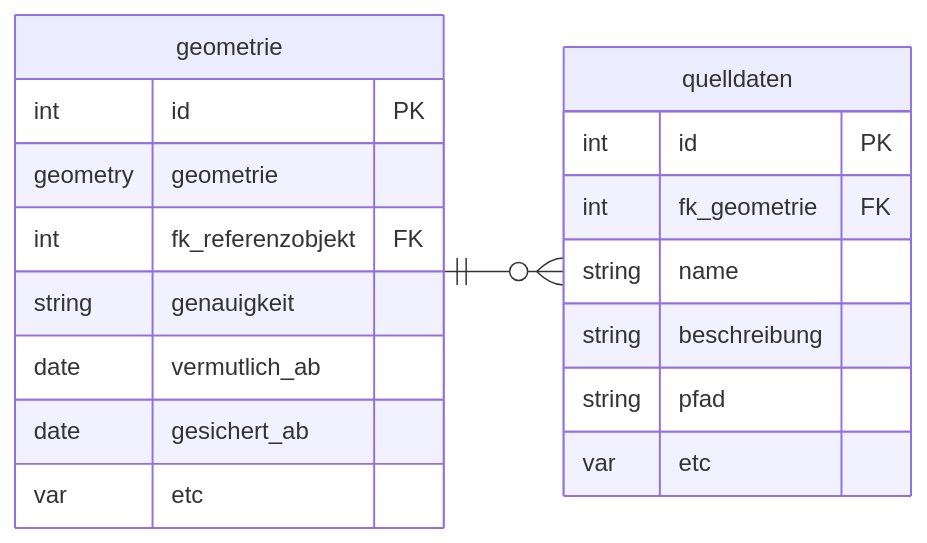
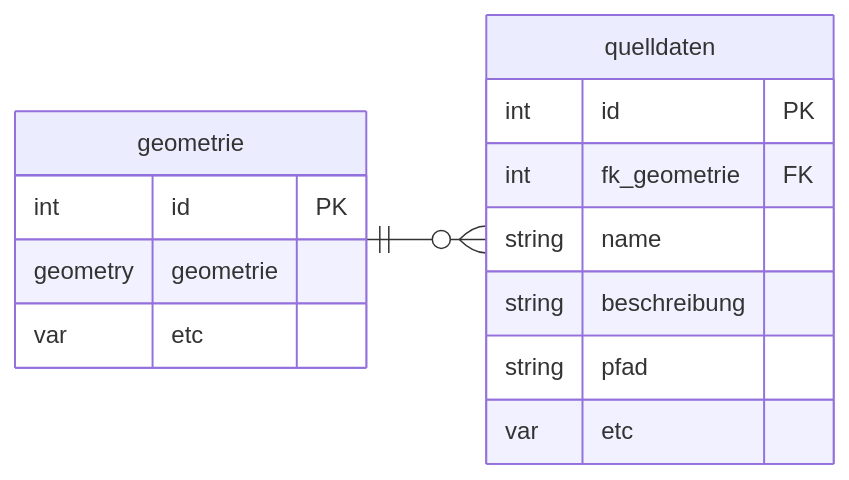
One commit to opengisch/ch.bs.urkataster changed the second of 4 diagrams in README.md. Above: the diagram before and after it, drawn with Mermaid. The commit also changed other lines of this file, not shown here.

````diff
--- a/README.md
+++ b/README.md
@@ -16,25 +153,21 @@
 ```mermaid
 erDiagram
 
 direction LR
     geometrie {
         int id PK
         geometry geometrie
-        int fk_referenzobjekt FK
-        string genauigkeit
-        date vermutlich_ab
-        date gesichert_ab
         var etc
     }
 
     quelldaten {
         int id PK
         int fk_geometrie FK
         string name
         string beschreibung
         string pfad
         var etc
     }
 
     geometrie ||--o{ quelldaten : ""
 ```
````
